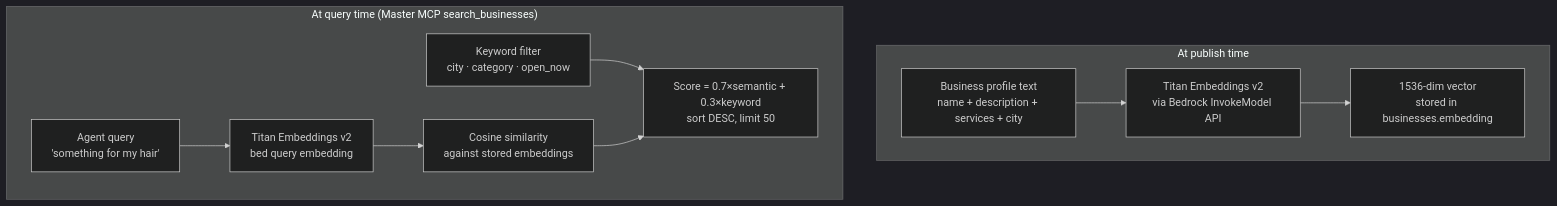
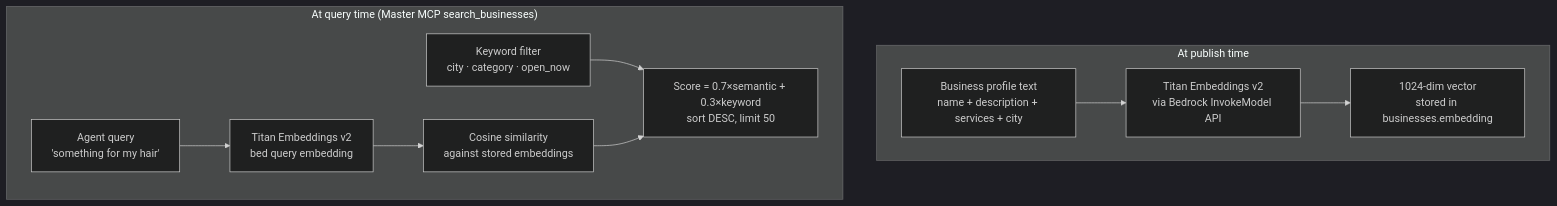
One commit to De-real-iManuel/Kiosk-mcp changed the third of 5 diagrams in docs/aws-integrations.md. Above: the diagram before and after it, drawn with Mermaid (dark theme). The commit also changed other lines of this file and 1 other file, not shown here.

````diff
--- a/docs/aws-integrations.md
+++ b/docs/aws-integrations.md
@@ -137,20 +141,20 @@
 ```mermaid
 flowchart TB
     subgraph Indexing["At publish time"]
         P["Business profile text\nname + description + services + city"]
         TE1["Titan Embeddings v2\nvia Bedrock InvokeModel API"]
-        VEC["1536-dim vector\nstored in businesses.embedding"]
+        VEC["1024-dim vector\nstored in businesses.embedding"]
         P --> TE1 --> VEC
     end
 
     subgraph Search["At query time (Master MCP search_businesses)"]
         Q["Agent query\n'something for my hair'"]
         TE2["Titan Embeddings v2\nbed query embedding"]
         COS["Cosine similarity\nagainst stored embeddings"]
         KW["Keyword filter\ncity · category · open_now"]
         RANK["Score = 0.7×semantic + 0.3×keyword\nsort DESC, limit 50"]
         Q --> TE2 --> COS
         KW --> RANK
         COS --> RANK
     end
 ```
````
